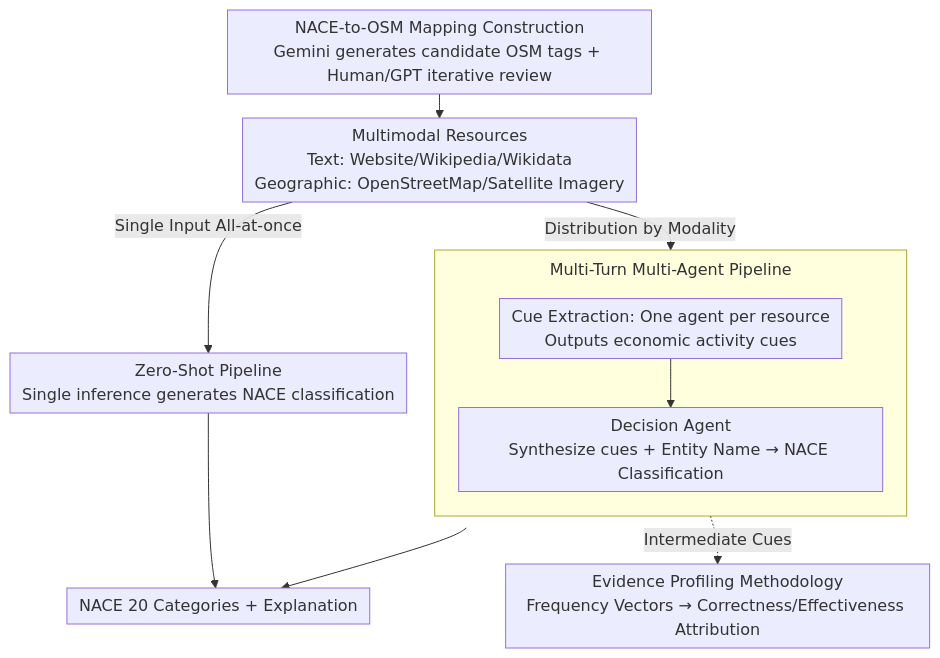
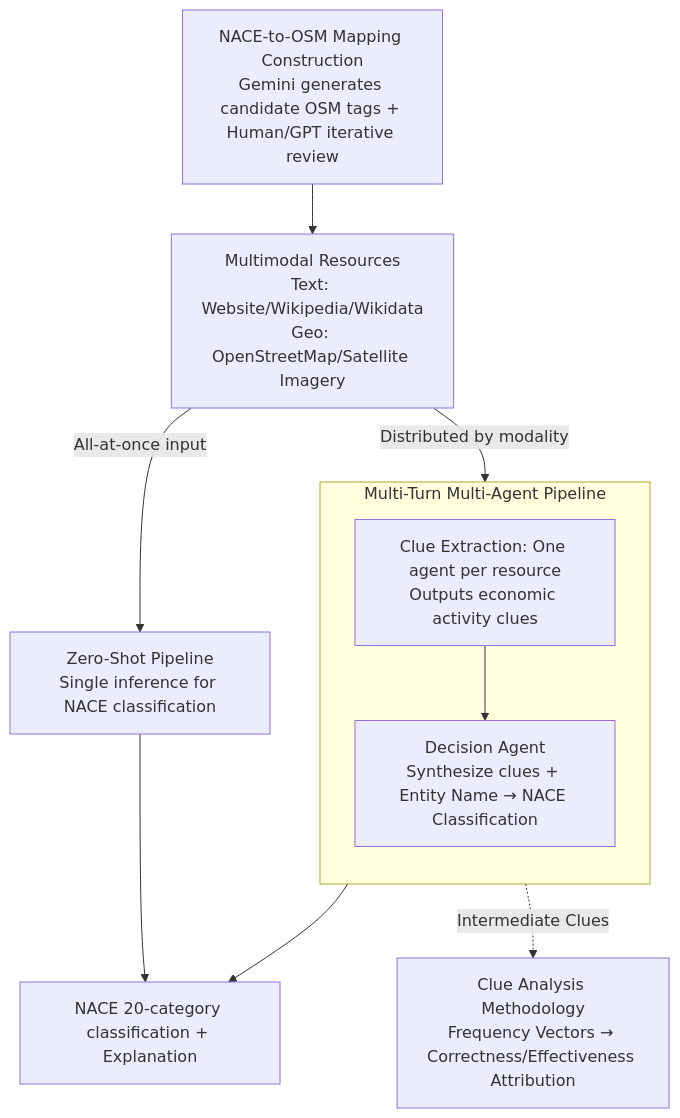
One commit to zhaoyang97/Paper-Notes-en changed the diagram in docs/ACL2026/multimodal_vlm/moneta_multimodal_industry_classification_through_geographic_information_with_mu.md. Above: the diagram before and after it, drawn with Mermaid. The commit also changed other lines of this file and 5084 other files, not shown here.

````diff
--- a/docs/ACL2026/multimodal_vlm/moneta_multimodal_industry_classification_through_geographic_information_with_mu.md
+++ b/docs/ACL2026/multimodal_vlm/moneta_multimodal_industry_classification_through_geographic_information_with_mu.md
@@ -46,16 +46,15 @@
 ```mermaid
-%%{init: {'flowchart': {'rankSpacing': 24, 'nodeSpacing': 28, 'padding': 6, 'wrappingWidth': 400, 'subGraphTitleMargin': {'top': 8, 'bottom': 16}}}}%%
-flowchart TD
+graph TD
     MAP["NACE-to-OSM Mapping Construction<br/>Gemini generates candidate OSM tags + Human/GPT iterative review"]
-    MAP --> RES["Multimodal Resources<br/>Text: Website/Wikipedia/Wikidata<br/>Geographic: OpenStreetMap/Satellite Imagery"]
-    RES -->|Single Input All-at-once| ZS["Zero-Shot Pipeline<br/>Single inference generates NACE classification"]
-    RES -->|Distribution by Modality| MT
+    MAP --> RES["Multimodal Resources<br/>Text: Website/Wikipedia/Wikidata<br/>Geo: OpenStreetMap/Satellite Imagery"]
+    RES -->|All-at-once input| ZS["Zero-Shot Pipeline<br/>Single inference for NACE classification"]
+    RES -->|Distributed by modality| MT
     subgraph MT["Multi-Turn Multi-Agent Pipeline"]
         direction TB
-        CE["Cue Extraction: One agent per resource<br/>Outputs economic activity cues"]
-        CE --> DA["Decision Agent<br/>Synthesize cues + Entity Name → NACE Classification"]
+        CE["Clue Extraction: One agent per resource<br/>Outputs economic activity clues"]
+        CE --> DA["Decision Agent<br/>Synthesize clues + Entity Name → NACE Classification"]
     end
-    ZS --> OUT["NACE 20 Categories + Explanation"]
+    ZS --> OUT["NACE 20-category classification + Explanation"]
     MT --> OUT
-    DA -.Intermediate Cues.-> CA["Evidence Profiling Methodology<br/>Frequency Vectors → Correctness/Effectiveness Attribution"]
+    DA -.Intermediate Clues.-> CA["Clue Analysis Methodology<br/>Frequency Vectors → Correctness/Effectiveness Attribution"]
 ```
````
